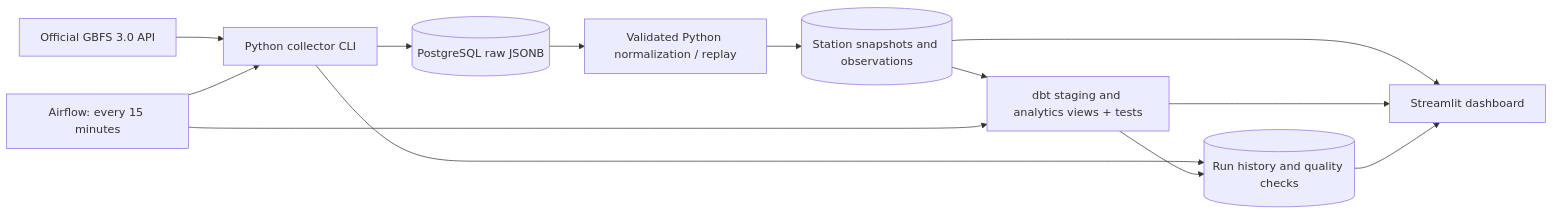
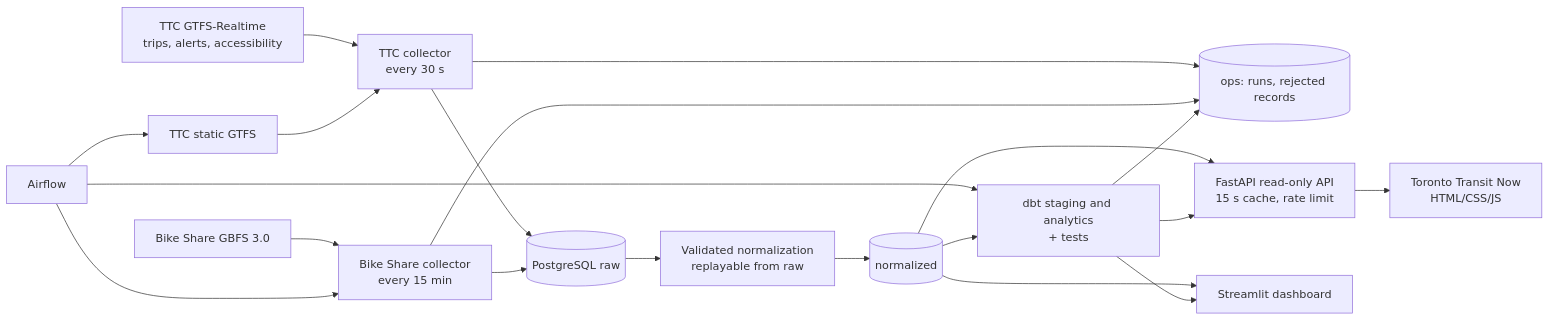
Before and after one commit to MavenTheKeen/toronto-transit-monitor: the diagram in README.md, drawn with Mermaid. The commit also changed other lines of this file and 10 other files, not shown here.

````diff
--- a/README.md
+++ b/README.md
@@ -18,15 +27,22 @@
 ```mermaid
 flowchart LR
-    GBFS[Official GBFS 3.0 API] --> CLI[Python collector CLI]
-    Airflow[Airflow: every 15 minutes] --> CLI
-    CLI --> Raw[(PostgreSQL raw JSONB)]
-    Raw --> Normalize[Validated Python normalization / replay]
-    Normalize --> Normalized[(Station snapshots and observations)]
-    Normalized --> dbt[dbt staging and analytics views + tests]
+    TTCRT[TTC GTFS-Realtime<br/>trips, alerts, accessibility] --> TTCC[TTC collector<br/>every 30 s]
+    TTCS[TTC static GTFS] --> TTCC
+    GBFS[Bike Share GBFS 3.0] --> BSC[Bike Share collector<br/>every 15 min]
+    Airflow[Airflow] --> BSC
     Airflow --> dbt
-    CLI --> Ops[(Run history and quality checks)]
+    Airflow --> TTCS
+    TTCC --> Raw[(PostgreSQL raw)]
+    BSC --> Raw
+    Raw --> Norm[Validated normalization<br/>replayable from raw]
+    Norm --> Normalized[(normalized)]
+    Normalized --> dbt[dbt staging and analytics<br/>+ tests]
+    TTCC --> Ops[(ops: runs, rejected records)]
+    BSC --> Ops
     dbt --> Ops
-    Normalized --> UI[Streamlit dashboard]
-    dbt --> UI
-    Ops --> UI
+    Normalized --> API[FastAPI read-only API<br/>15 s cache, rate limit]
+    dbt --> API
+    API --> Site[Toronto Transit Now<br/>HTML/CSS/JS]
+    Normalized --> Dash[Streamlit dashboard]
+    dbt --> Dash
 ```
````
